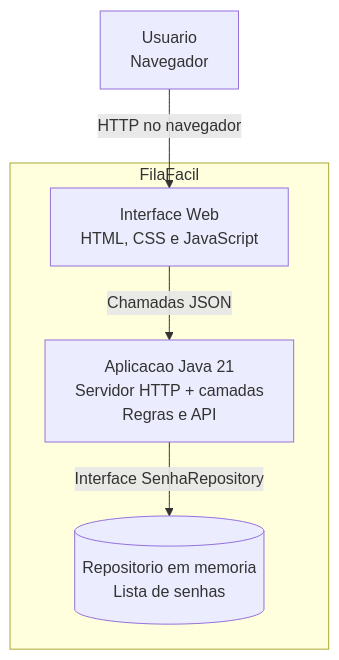
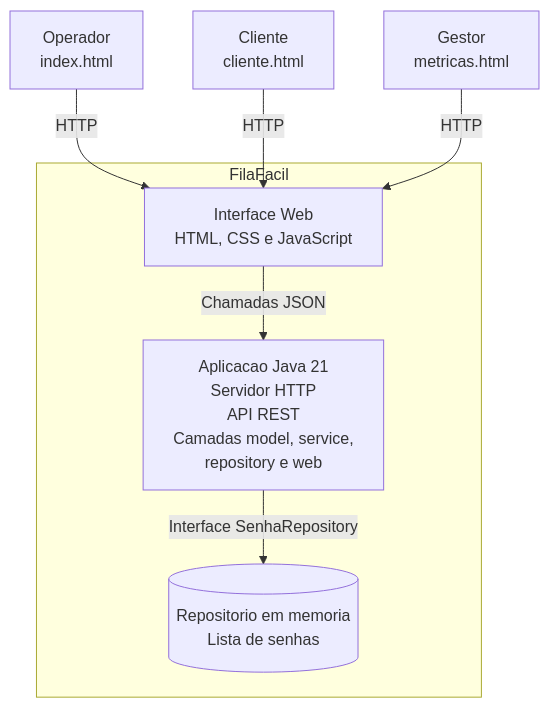
One commit to lucaasalb/filafacil changed the diagram in filafacil-estudante/docs/architecture/c4-container.md. Above: the diagram before and after it, drawn with Mermaid. The commit also changed other lines of this file and 17 other files, not shown here.

````diff
--- a/filafacil-estudante/docs/architecture/c4-container.md
+++ b/filafacil-estudante/docs/architecture/c4-container.md
@@ -5,19 +5,36 @@
 ```mermaid
 flowchart TD
-    cliente["Usuario
-    Navegador"]
+
+    operador["Operador
+    index.html"]
+
+    cliente["Cliente
+    cliente.html"]
+
+    gestor["Gestor
+    metricas.html"]
 
     subgraph filafacil["FilaFacil"]
+
         web["Interface Web
         HTML, CSS e JavaScript"]
+
         api["Aplicacao Java 21
-        Servidor HTTP + camadas
-        Regras e API"]
+        Servidor HTTP
+        API REST
+        Camadas model, service,
+        repository e web"]
+
         memoria[("Repositorio em memoria
         Lista de senhas")]
+
     end
 
-    cliente -->|HTTP no navegador| web
+    operador -->|HTTP| web
+    cliente -->|HTTP| web
+    gestor -->|HTTP| web
+
     web -->|Chamadas JSON| api
+
     api -->|Interface SenhaRepository| memoria
 ```
````
